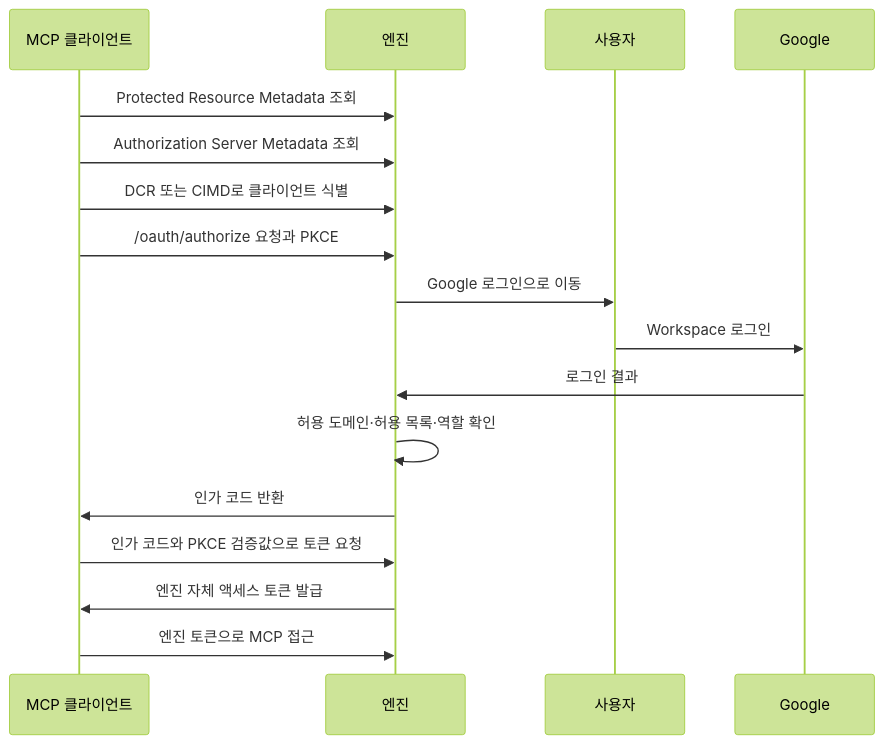
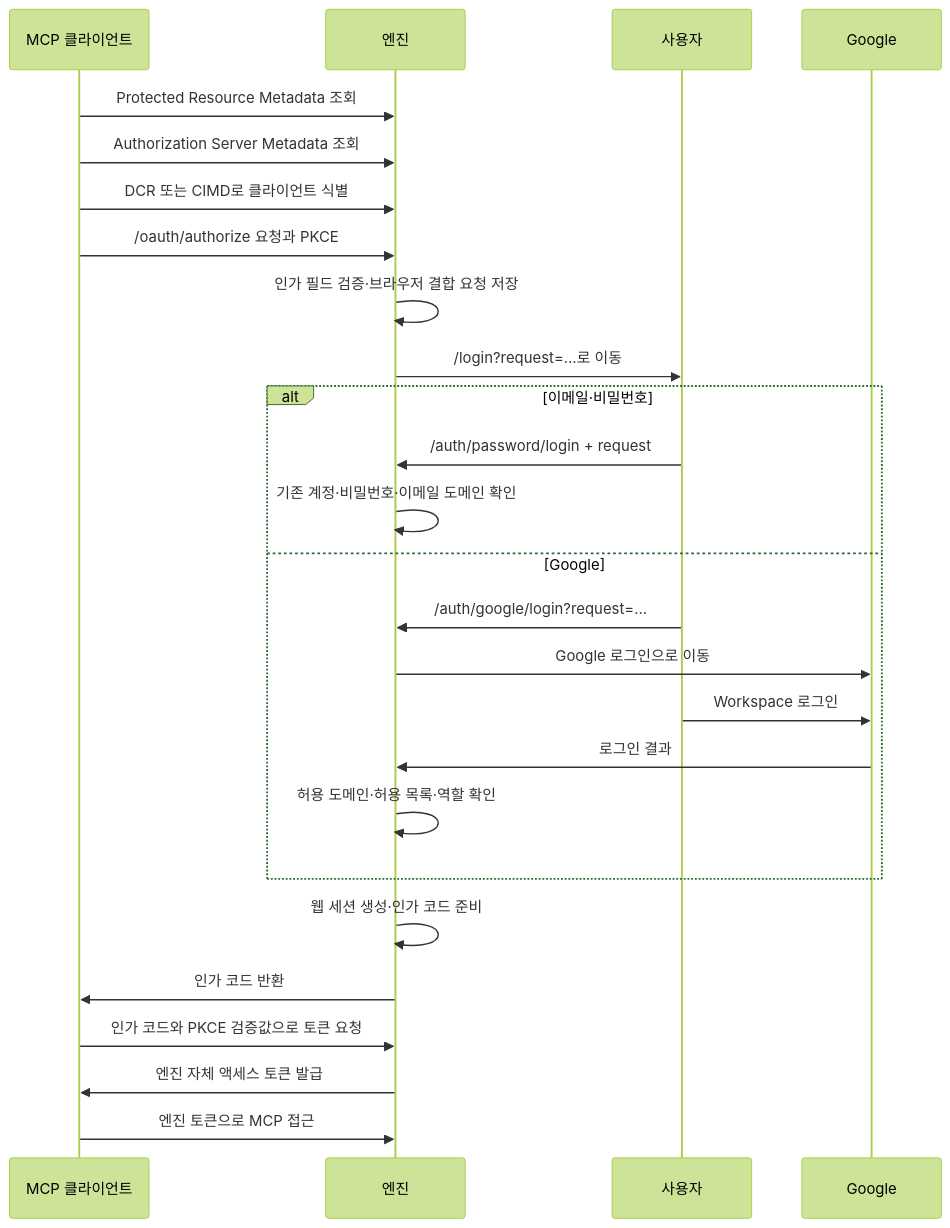
Before and after one commit to BitbyteCorp/llmwiki-engine: the diagram in docs/auth.md, drawn with Mermaid (forest theme). The commit also changed other lines of this file and 59 other files, not shown here.

First line of the commit message:
feat(auth): add admin-provisioned email/password login

````diff
--- a/docs/auth.md
+++ b/docs/auth.md
@@ -80,19 +127,28 @@
 ```mermaid
 sequenceDiagram
     participant C as MCP 클라이언트
     participant E as 엔진
     participant U as 사용자
     participant G as Google
     C->>E: Protected Resource Metadata 조회
     C->>E: Authorization Server Metadata 조회
     C->>E: DCR 또는 CIMD로 클라이언트 식별
     C->>E: /oauth/authorize 요청과 PKCE
-    E->>U: Google 로그인으로 이동
-    U->>G: Workspace 로그인
-    G->>E: 로그인 결과
-    E->>E: 허용 도메인·허용 목록·역할 확인
+    E->>E: 인가 필드 검증·브라우저 결합 요청 저장
+    E->>U: /login?request=…로 이동
+    alt 이메일·비밀번호
+        U->>E: /auth/password/login + request
+        E->>E: 기존 계정·비밀번호·이메일 도메인 확인
+    else Google
+        U->>E: /auth/google/login?request=…
+        E->>G: Google 로그인으로 이동
+        U->>G: Workspace 로그인
+        G->>E: 로그인 결과
+        E->>E: 허용 도메인·허용 목록·역할 확인
+    end
+    E->>E: 웹 세션 생성·인가 코드 준비
     E->>C: 인가 코드 반환
     C->>E: 인가 코드와 PKCE 검증값으로 토큰 요청
     E->>C: 엔진 자체 액세스 토큰 발급
     C->>E: 엔진 토큰으로 MCP 접근
 ```
````
